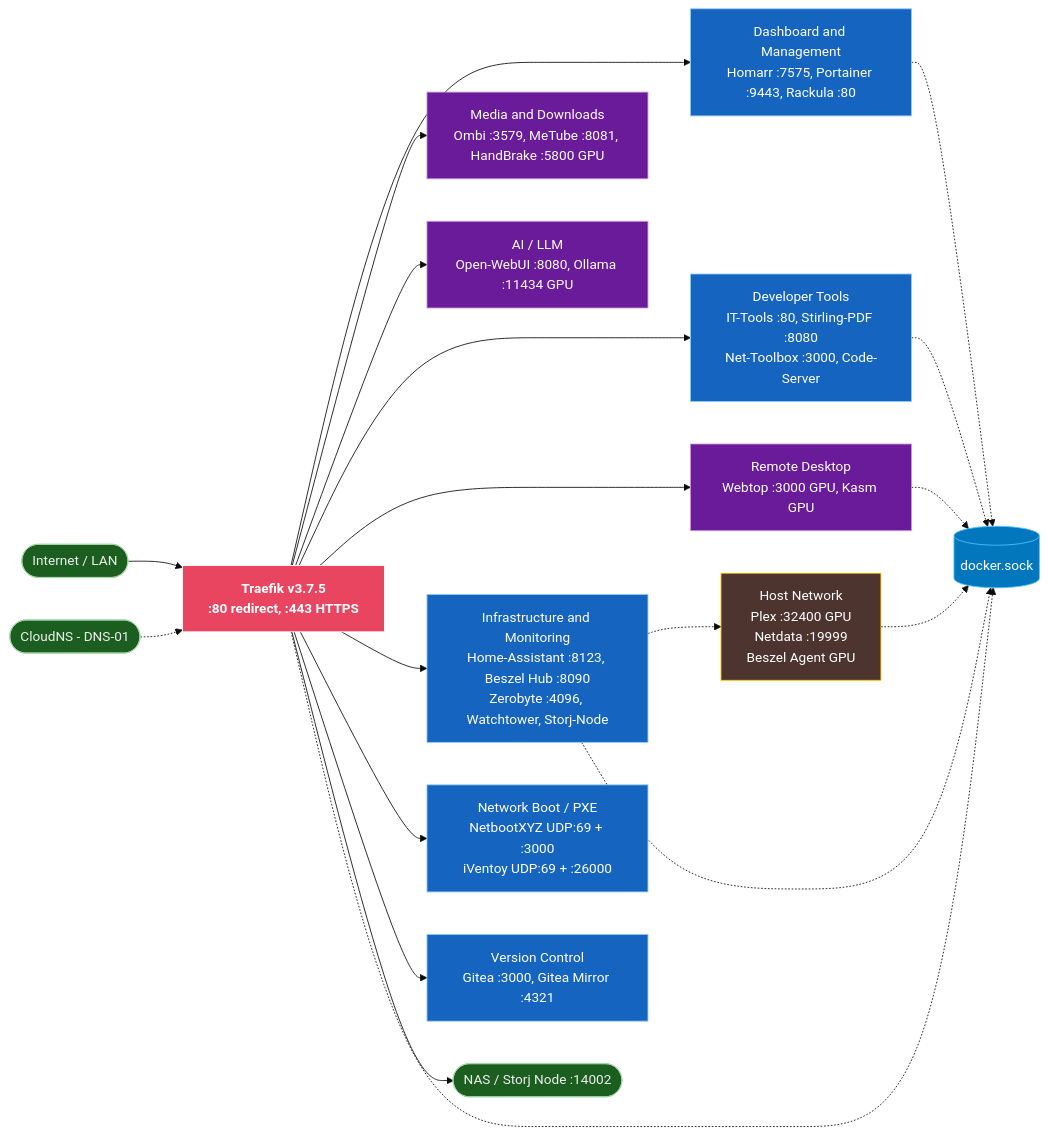
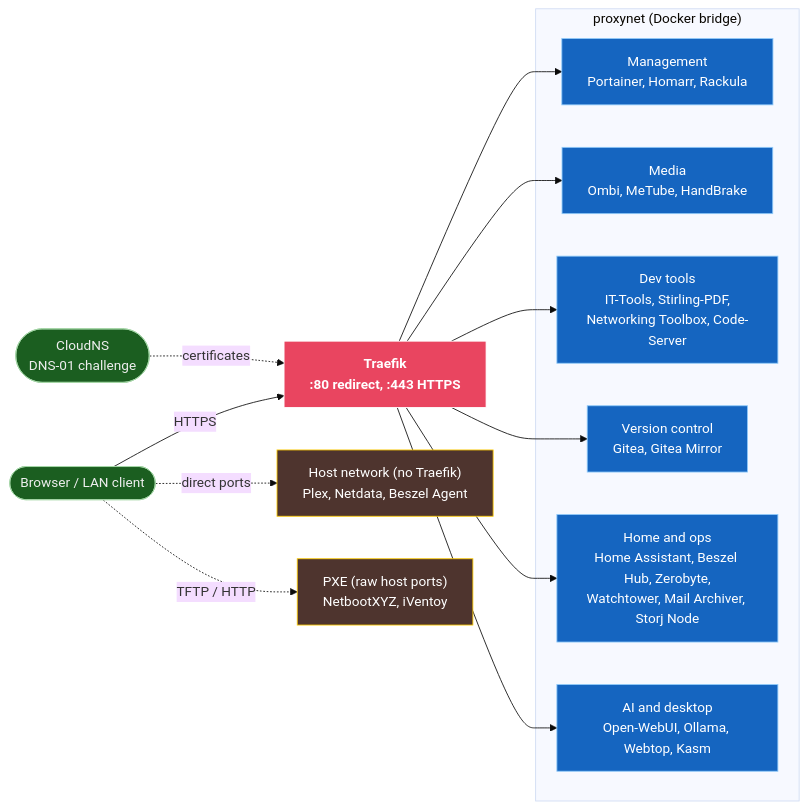
One commit to locus313/homelab-gitops changed the diagram in README.md. Above: the diagram before and after it, drawn with Mermaid (base theme). The commit also changed other lines of this file and 6 other files, not shown here.

First line of the commit message:
docs: add architecture diagrams, glossary, and ADRs (#455)

````diff
--- a/README.md
+++ b/README.md
@@ -18,39 +18,29 @@
 ```mermaid
 graph LR
     classDef traefik fill:#e94560,stroke:#fff,color:#fff,font-weight:bold
     classDef group fill:#1565c0,stroke:#90caf9,color:#fff
-    classDef gpu fill:#6a1b9a,stroke:#ce93d8,color:#fff
     classDef hostnet fill:#4e342e,stroke:#ffcc02,color:#fff
     classDef external fill:#1b5e20,stroke:#a5d6a7,color:#eee
-    classDef dock fill:#0277bd,stroke:#4fc3f7,color:#fff
 
-    INTERNET(["Internet / LAN"]):::external
-    CLOUDNS(["CloudNS - DNS-01"]):::external
-    NAS(["NAS / Storj Node :14002"]):::external
-    DOCKER[("docker.sock")]:::dock
+    CLIENT(["Browser / LAN client"]):::external
+    CLOUDNS(["CloudNS<br/>DNS-01 challenge"]):::external
+    TRAEFIK["Traefik<br/>:80 redirect, :443 HTTPS"]:::traefik
 
-    TRAEFIK["Traefik v3.7.5<br/>:80 redirect, :443 HTTPS"]:::traefik
+    subgraph PROXY["proxynet (Docker bridge)"]
+        MGMT["Management<br/>Portainer, Homarr, Rackula"]:::group
+        MEDIA["Media<br/>Ombi, MeTube, HandBrake"]:::group
+        TOOLS["Dev tools<br/>IT-Tools, Stirling-PDF,<br/>Networking Toolbox, Code-Server"]:::group
+        VCS["Version control<br/>Gitea, Gitea Mirror"]:::group
+        OPS["Home and ops<br/>Home Assistant, Beszel Hub, Zerobyte,<br/>Watchtower, Mail Archiver, Storj Node"]:::group
+        AI["AI and desktop<br/>Open-WebUI, Ollama, Webtop, Kasm"]:::group
+    end
 
-    INTERNET --> TRAEFIK
-    CLOUDNS -.-> TRAEFIK
+    HOSTNET["Host network (no Traefik)<br/>Plex, Netdata, Beszel Agent"]:::hostnet
+    BOOT["PXE (raw host ports)<br/>NetbootXYZ, iVentoy"]:::hostnet
 
-    TRAEFIK --> DASH["Dashboard and Management<br/>Homarr :7575, Portainer :9443, Rackula :80"]:::group
-    TRAEFIK --> MEDIA["Media and Downloads<br/>Ombi :3579, MeTube :8081, HandBrake :5800 GPU"]:::gpu
-    TRAEFIK --> AI["AI / LLM<br/>Open-WebUI :8080, Ollama :11434 GPU"]:::gpu
-    TRAEFIK --> TOOLS["Developer Tools<br/>IT-Tools :80, Stirling-PDF :8080<br/>Net-Toolbox :3000, Code-Server"]:::group
-    TRAEFIK --> DESKTOP["Remote Desktop<br/>Webtop :3000 GPU, Kasm GPU"]:::gpu
-    TRAEFIK --> INFRA["Infrastructure and Monitoring<br/>Home-Assistant :8123, Beszel Hub :8090<br/>Zerobyte :4096, Watchtower, Storj-Node"]:::group
-    TRAEFIK --> BOOT["Network Boot / PXE<br/>NetbootXYZ UDP:69 + :3000<br/>iVentoy UDP:69 + :26000"]:::group
-    TRAEFIK --> VCS["Version Control<br/>Gitea :3000, Gitea Mirror :4321"]:::group
-    TRAEFIK --> NAS
-
-    HOSTNET["Host Network<br/>Plex :32400 GPU<br/>Netdata :19999<br/>Beszel Agent GPU"]:::hostnet
-
-    INFRA -.-> HOSTNET
-    TRAEFIK -.-> DOCKER
-    DASH -.-> DOCKER
-    INFRA -.-> DOCKER
-    DESKTOP -.-> DOCKER
-    TOOLS -.-> DOCKER
-    HOSTNET -.-> DOCKER
+    CLIENT -->|HTTPS| TRAEFIK
+    CLOUDNS -.->|certificates| TRAEFIK
+    TRAEFIK --> MGMT & MEDIA & TOOLS & VCS & OPS & AI
+    CLIENT -.->|direct ports| HOSTNET
+    CLIENT -.->|TFTP / HTTP| BOOT
 ```
````
